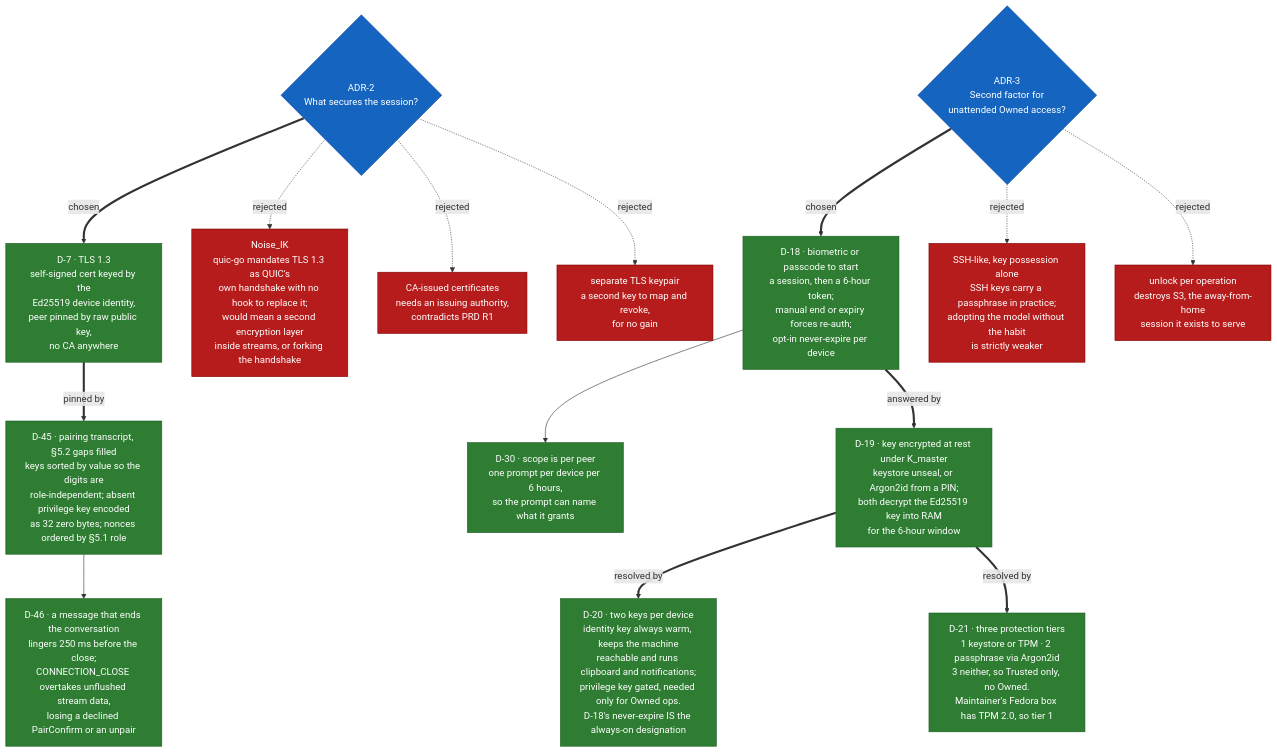
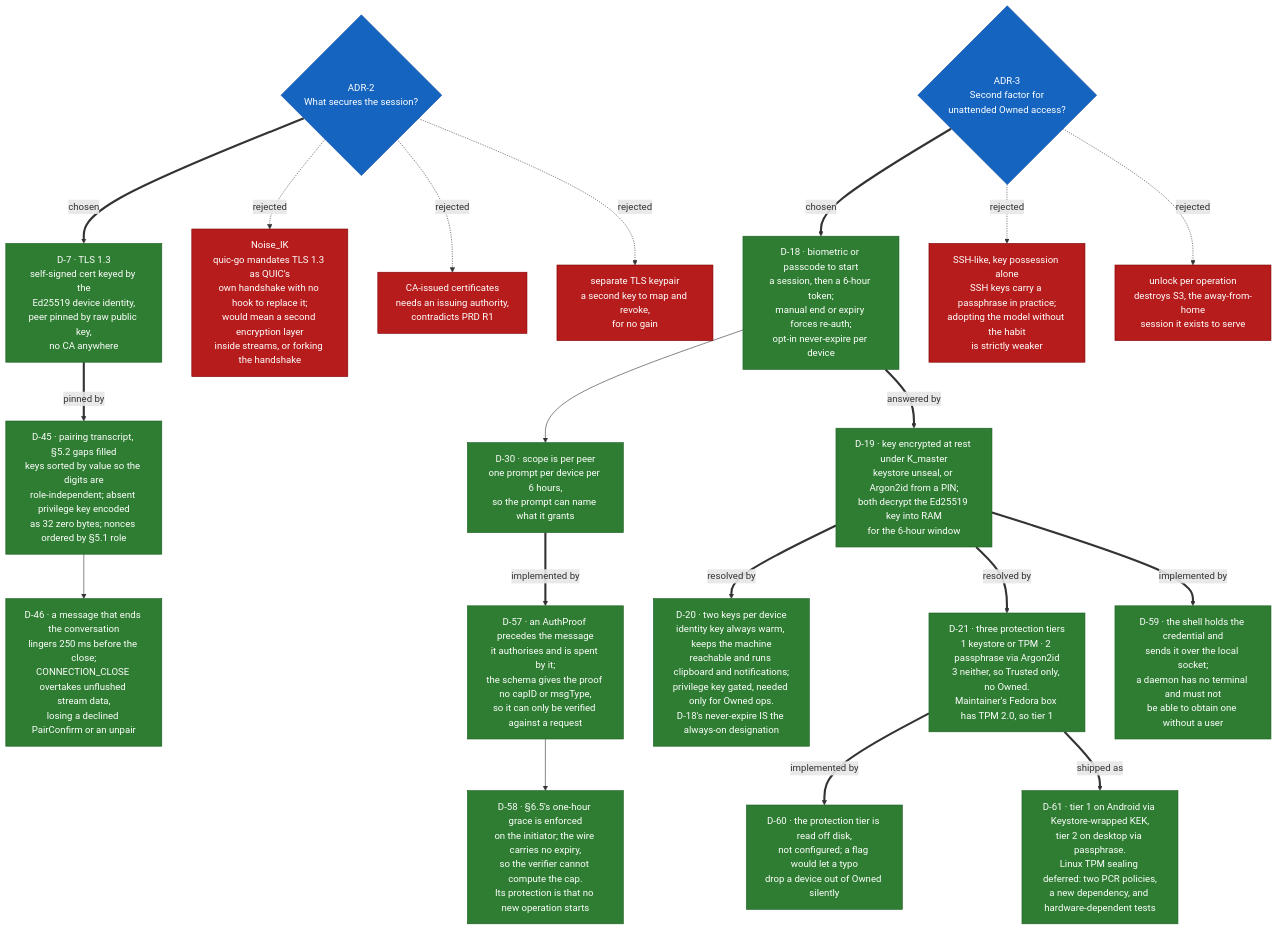
The second of 4 diagrams in docs/decision-tree.md (shreyashsri79/OpenAir), drawn with Mermaid before and after one commit. The commit also changed other lines of this file and 43 other files, not shown here.

````diff
--- a/docs/decision-tree.md
+++ b/docs/decision-tree.md
@@ -109,25 +114,31 @@
 ```mermaid
 flowchart TD
     Q3{"ADR-2<br/>What secures the session?"}:::question
     Q3 ==chosen==> D7["D-7 · TLS 1.3<br/>self-signed cert keyed by the<br/>Ed25519 device identity,<br/>peer pinned by raw public key,<br/>no CA anywhere"]:::accepted
     Q3 -.rejected.-> R3A["Noise_IK<br/>quic-go mandates TLS 1.3 as QUIC's<br/>own handshake with no hook to replace it;<br/>would mean a second encryption layer<br/>inside streams, or forking the handshake"]:::rejected
     Q3 -.rejected.-> R3B["CA-issued certificates<br/>needs an issuing authority,<br/>contradicts PRD R1"]:::rejected
     Q3 -.rejected.-> R3C["separate TLS keypair<br/>a second key to map and revoke,<br/>for no gain"]:::rejected
 
     Q4{"ADR-3<br/>Second factor for<br/>unattended Owned access?"}:::question
     Q4 ==chosen==> D18["D-18 · biometric or passcode to start<br/>a session, then a 6-hour token;<br/>manual end or expiry forces re-auth;<br/>opt-in never-expire per device"]:::accepted
     D18 --> D30["D-30 · scope is per peer<br/>one prompt per device per 6 hours,<br/>so the prompt can name what it grants"]:::accepted
     D18 ==answered by==> D19["D-19 · key encrypted at rest under K_master<br/>keystore unseal, or Argon2id from a PIN;<br/>both decrypt the Ed25519 key into RAM<br/>for the 6-hour window"]:::accepted
     D19 ==resolved by==> D20["D-20 · two keys per device<br/>identity key always warm, keeps the machine<br/>reachable and runs clipboard and notifications;<br/>privilege key gated, needed only for Owned ops.<br/>D-18's never-expire IS the always-on designation"]:::accepted
     D19 ==resolved by==> D21["D-21 · three protection tiers<br/>1 keystore or TPM · 2 passphrase via Argon2id<br/>3 neither, so Trusted only, no Owned.<br/>Maintainer's Fedora box has TPM 2.0, so tier 1"]:::accepted
     D7 ==pinned by==> D45["D-45 · pairing transcript, §5.2 gaps filled<br/>keys sorted by value so the digits are<br/>role-independent; absent privilege key encoded<br/>as 32 zero bytes; nonces ordered by §5.1 role"]:::accepted
     D45 --> D46["D-46 · a message that ends the conversation<br/>lingers 250 ms before the close;<br/>CONNECTION_CLOSE overtakes unflushed stream data,<br/>losing a declined PairConfirm or an unpair"]:::accepted
 
+    D30 ==implemented by==> D57["D-57 · an AuthProof precedes the message<br/>it authorises and is spent by it;<br/>the schema gives the proof no capID or msgType,<br/>so it can only be verified against a request"]:::accepted
+    D57 --> D58["D-58 · §6.5's one-hour grace is enforced<br/>on the initiator; the wire carries no expiry,<br/>so the verifier cannot compute the cap.<br/>Its protection is that no new operation starts"]:::accepted
+    D19 ==implemented by==> D59["D-59 · the shell holds the credential and<br/>sends it over the local socket;<br/>a daemon has no terminal and must not<br/>be able to obtain one without a user"]:::accepted
+    D21 ==implemented by==> D60["D-60 · the protection tier is read off disk,<br/>not configured; a flag would let a typo<br/>drop a device out of Owned silently"]:::accepted
+    D21 ==shipped as==> D61["D-61 · tier 1 on Android via Keystore-wrapped KEK,<br/>tier 2 on desktop via passphrase.<br/>Linux TPM sealing deferred: two PCR policies,<br/>a new dependency, and hardware-dependent tests"]:::accepted
+
     Q4 -.rejected.-> R4A["SSH-like, key possession alone<br/>SSH keys carry a passphrase in practice;<br/>adopting the model without the habit<br/>is strictly weaker"]:::rejected
     Q4 -.rejected.-> R4B["unlock per operation<br/>destroys S3, the away-from-home<br/>session it exists to serve"]:::rejected
 
     classDef question fill:#1565c0,color:#fff,stroke:#0d47a1
     classDef accepted fill:#2e7d32,color:#fff,stroke:#1b5e20
     classDef rejected fill:#b71c1c,color:#fff,stroke:#7f0000
     classDef open fill:#ef6c00,color:#fff,stroke:#e65100
 ```
````
